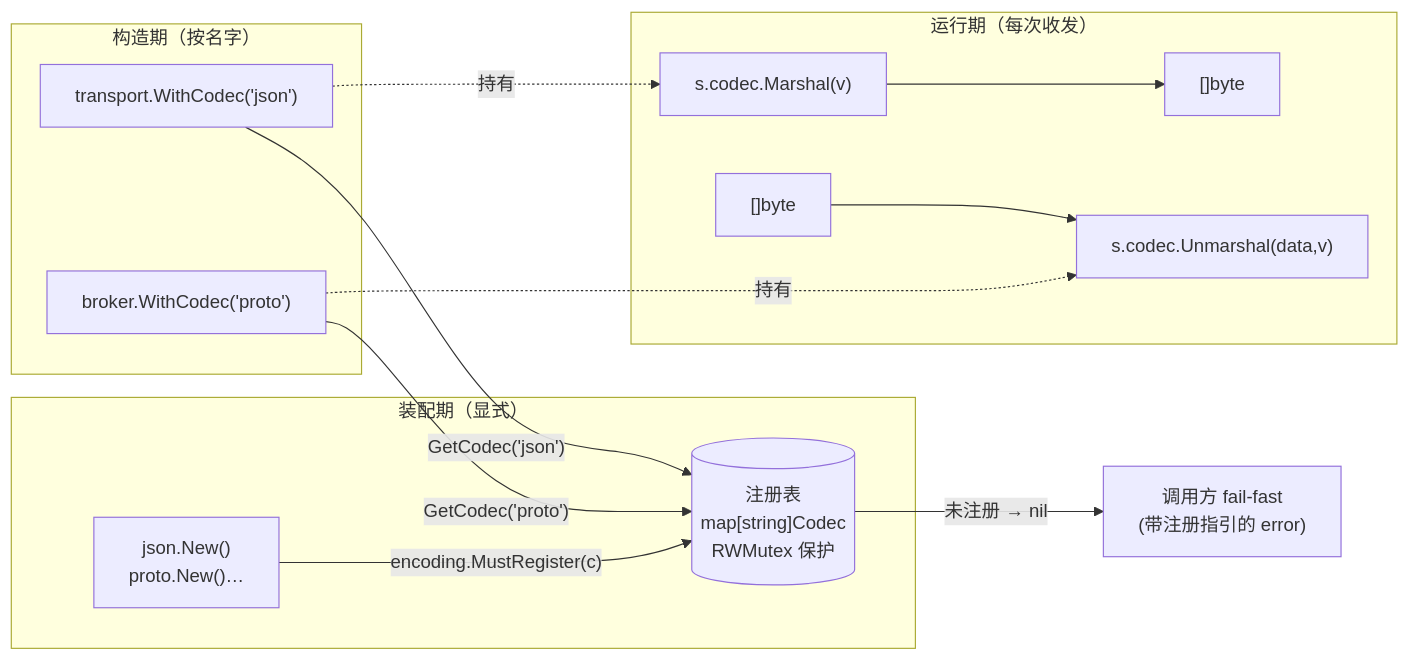
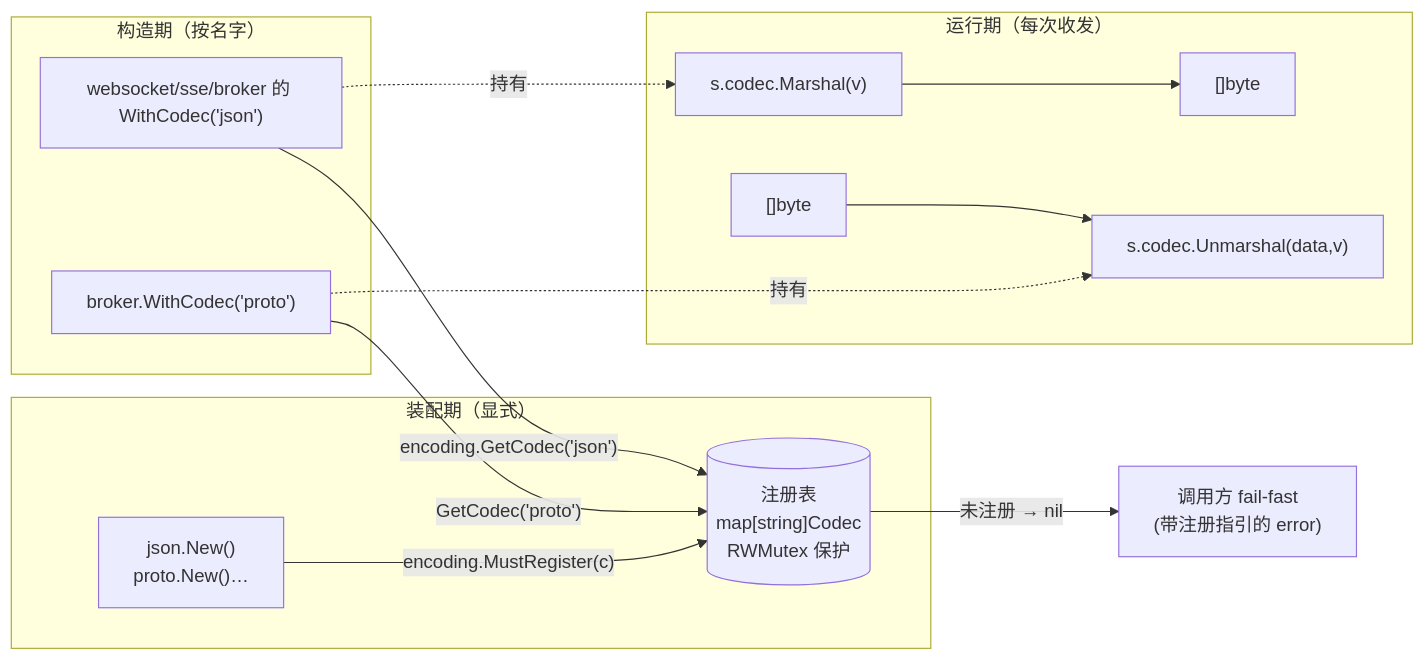
The diagram in docs/devel/zh-CN/Bald 编解码设计.md (kalandramo/bald), drawn with Mermaid before and after one commit. The commit also changed 19 other files, not shown here.

First line of the commit message:
docs(architecture): §8 另一半收口——用 AST 符号表实测「文档描述已删 API」，改掉 20 个文件里的假引用

````diff
--- a/docs/devel/zh-CN/Bald 编解码设计.md
+++ b/docs/devel/zh-CN/Bald 编解码设计.md
@@ -75,22 +75,22 @@
 ```mermaid
 flowchart LR
     subgraph asm["装配期（显式）"]
         A["json.New()<br/>proto.New()…"] -->|"encoding.MustRegister(c)"| R
         R[("注册表<br/>map[string]Codec<br/>RWMutex 保护")]
     end
 
     subgraph cfg["构造期（按名字）"]
-        C1["transport.WithCodec('json')"] -->|"GetCodec('json')"| R
+        C1["websocket/sse/broker 的 WithCodec('json')"] -->|"encoding.GetCodec('json')"| R
         C2["broker.WithCodec('proto')"] -->|"GetCodec('proto')"| R
     end
 
     subgraph run["运行期（每次收发）"]
         D1["s.codec.Marshal(v)"] --> B1["[]byte"]
         B2["[]byte"] --> D2["s.codec.Unmarshal(data,v)"]
     end
 
     C1 -.持有.-> D1
     C2 -.持有.-> D2
 
     R -->|"未注册 → nil"| NF["调用方 fail-fast<br/>(带注册指引的 error)"]
 ```
````
